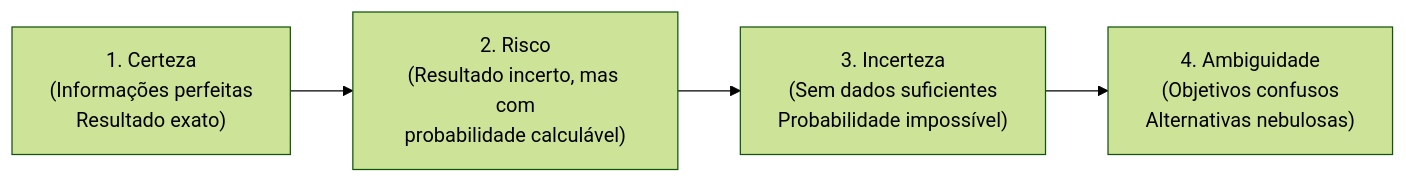
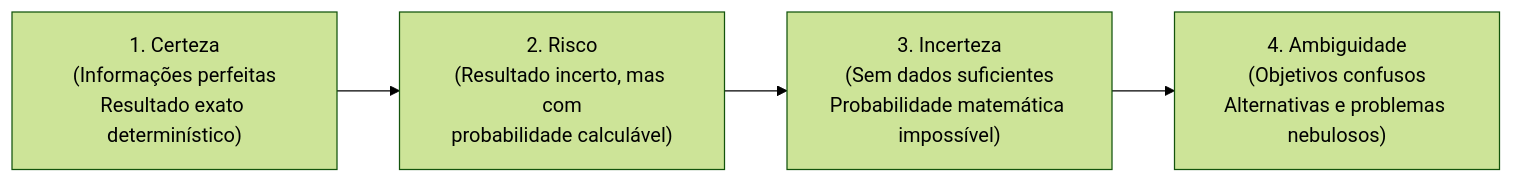
The third of 4 diagrams in fontes_de_estudo/conhecimentos_especificos_a01_tecnico_administrativo/22_administracao_geral/03_processo_decisorio_visao_sistemica_e_gerenciamento_de_projetos.md (thiagosantos346/TCE-GO-2027), drawn with Mermaid (forest theme) before and after one commit. The commit also changed other lines of this file and 119 other files, not shown here.

````diff
--- a/fontes_de_estudo/conhecimentos_especificos_a01_tecnico_administrativo/22_administracao_geral/03_processo_decisorio_visao_sistemica_e_gerenciamento_de_projetos.md
+++ b/fontes_de_estudo/conhecimentos_especificos_a01_tecnico_administrativo/22_administracao_geral/03_processo_decisorio_visao_sistemica_e_gerenciamento_de_projetos.md
@@ -110,6 +86,6 @@
 ```mermaid
 flowchart LR
-    Certeza["1. Certeza<br/>(Informações perfeitas<br/>Resultado exato)"] --> Risco["2. Risco<br/>(Resultado incerto, mas com<br/>probabilidade calculável)"]
-    Risco --> Incerteza["3. Incerteza<br/>(Sem dados suficientes<br/>Probabilidade impossível)"]
-    Incerteza --> Ambiguidade["4. Ambiguidade<br/>(Objetivos confusos<br/>Alternativas nebulosas)"]
+    Certeza["1. Certeza<br/>(Informações perfeitas<br/>Resultado exato determinístico)"] --> Risco["2. Risco<br/>(Resultado incerto, mas com<br/>probabilidade calculável)"]
+    Risco --> Incerteza["3. Incerteza<br/>(Sem dados suficientes<br/>Probabilidade matemática impossível)"]
+    Incerteza --> Ambiguidade["4. Ambiguidade<br/>(Objetivos confusos<br/>Alternativas e problemas nebulosos)"]
 ```
````
